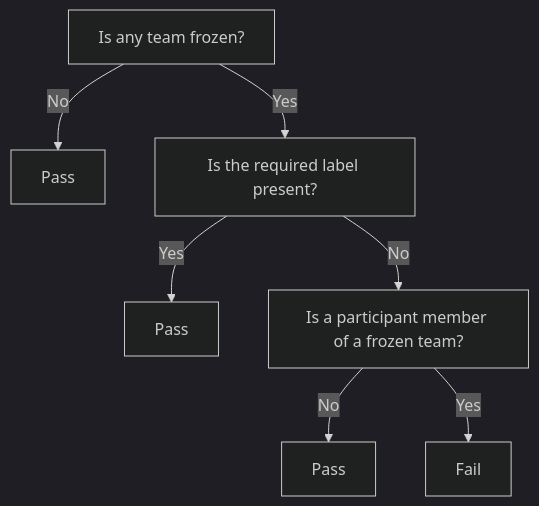
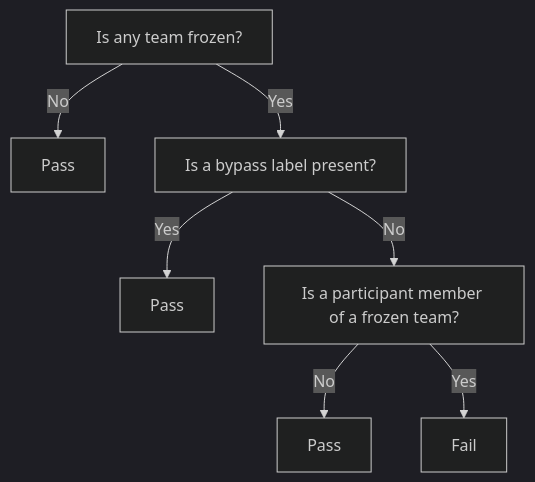
Before and after one commit to DataDog/team-freeze-guard: the diagram in README.md, drawn with Mermaid (dark theme). The commit also changed other lines of this file and 4 other files, not shown here.

````diff
--- a/README.md
+++ b/README.md
@@ -13,9 +13,9 @@
 ```mermaid
 flowchart TD
     A["Is any team frozen?"] -->|No| PASS1["Pass"]
-    A -->|Yes| B["Is the required label present?"]
+    A -->|Yes| B["Is a bypass label present?"]
     B -->|Yes| PASS2["Pass"]
     B -->|No| C["Is a participant member of a frozen team?"]
     C -->|No| PASS3["Pass"]
     C -->|Yes| FAIL["Fail"]
 ```
````
